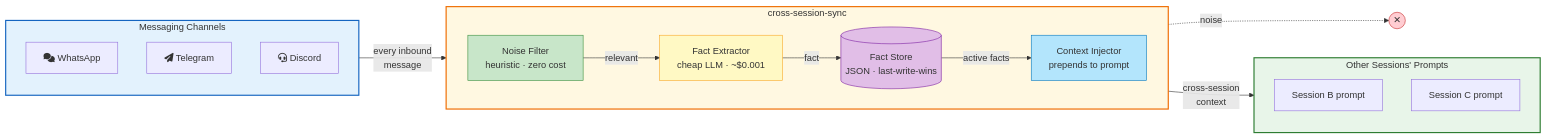
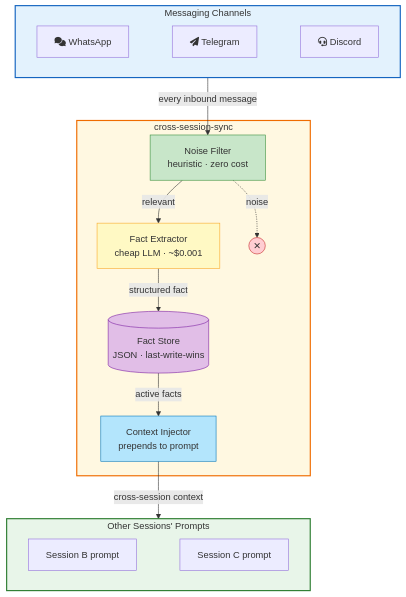
Before and after one commit to ricardobnjunior/openclaw-cross-session-sync: the diagram in README.md, drawn with Mermaid.

Commit message:
docs: change diagram to top-down layout

````diff
--- a/README.md
+++ b/README.md
@@ -11,45 +11,37 @@
 ```mermaid
-flowchart LR
+flowchart TD
     subgraph Channels["Messaging Channels"]
-        direction TB
-        WA["fa:fa-comments WhatsApp"]
-        TG["fa:fa-paper-plane Telegram"]
-        DC["fa:fa-headset Discord"]
+        direction LR
+        WA["fa:fa-comments WhatsApp"] ~~~ TG["fa:fa-paper-plane Telegram"] ~~~ DC["fa:fa-headset Discord"]
     end
 
+    Channels -- "every inbound message" --> NF
+
     subgraph Plugin["cross-session-sync"]
-        direction LR
         NF["Noise Filter
 heuristic · zero cost"]
-        FE["Fact Extractor
+        NF -- "relevant" --> FE["Fact Extractor
 cheap LLM · ~$0.001"]
-        FS[("Fact Store
+        NF -. "noise" .-> DROP(("✕"))
+        FE -- "structured fact" --> FS[("Fact Store
 JSON · last-write-wins")]
-        CI["Context Injector
+        FS -- "active facts" --> CI["Context Injector
 prepends to prompt"]
     end
 
+    CI -- "cross-session context" --> Sessions
+
     subgraph Sessions["Other Sessions' Prompts"]
-        direction TB
-        P1["Session B prompt"]
-        P2["Session C prompt"]
+        direction LR
+        P1["Session B prompt"] ~~~ P2["Session C prompt"]
     end
-
-    Channels -- "every inbound
-message" --> NF
-    NF -- "relevant" --> FE
-    NF -. "noise" .-> DROP(("✕"))
-    FE -- "fact" --> FS
-    FS -- "active facts" --> CI
-    CI -- "cross-session
-context" --> Sessions
 
     style Channels fill:#e3f2fd,stroke:#1565C0,stroke-width:2px
     style Plugin fill:#fff8e1,stroke:#EF6C00,stroke-width:2px
     style Sessions fill:#e8f5e9,stroke:#2E7D32,stroke-width:2px
     style NF fill:#c8e6c9,stroke:#388E3C
     style FE fill:#fff9c4,stroke:#F9A825
     style FS fill:#e1bee7,stroke:#7B1FA2
     style CI fill:#b3e5fc,stroke:#0277BD
     style DROP fill:#ffcdd2,stroke:#C62828
 ```
````
